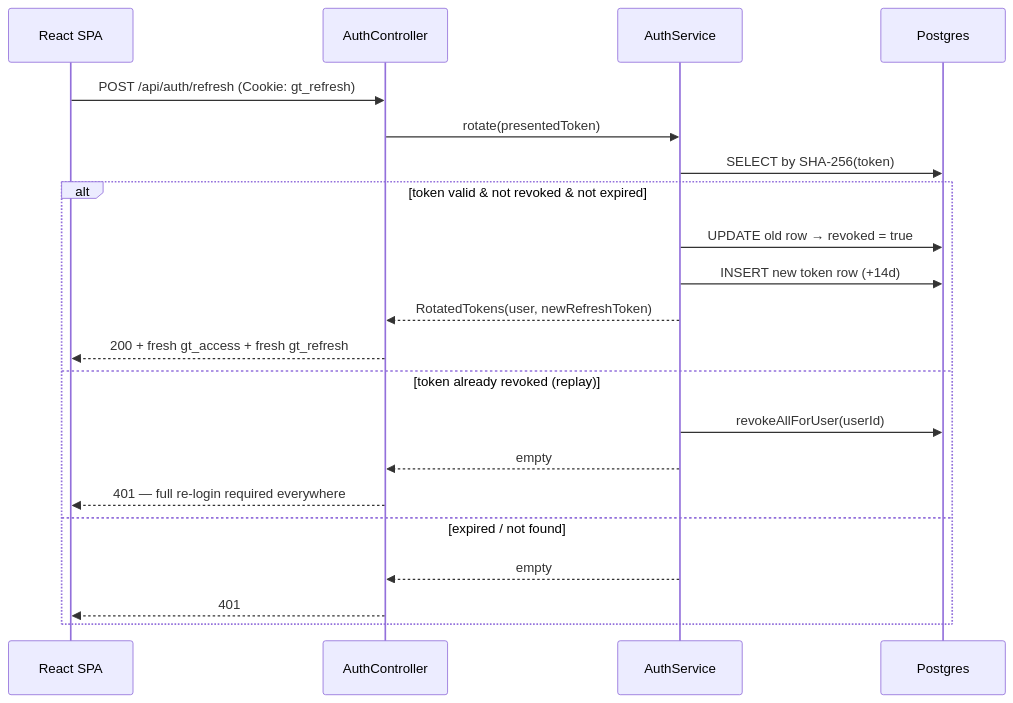
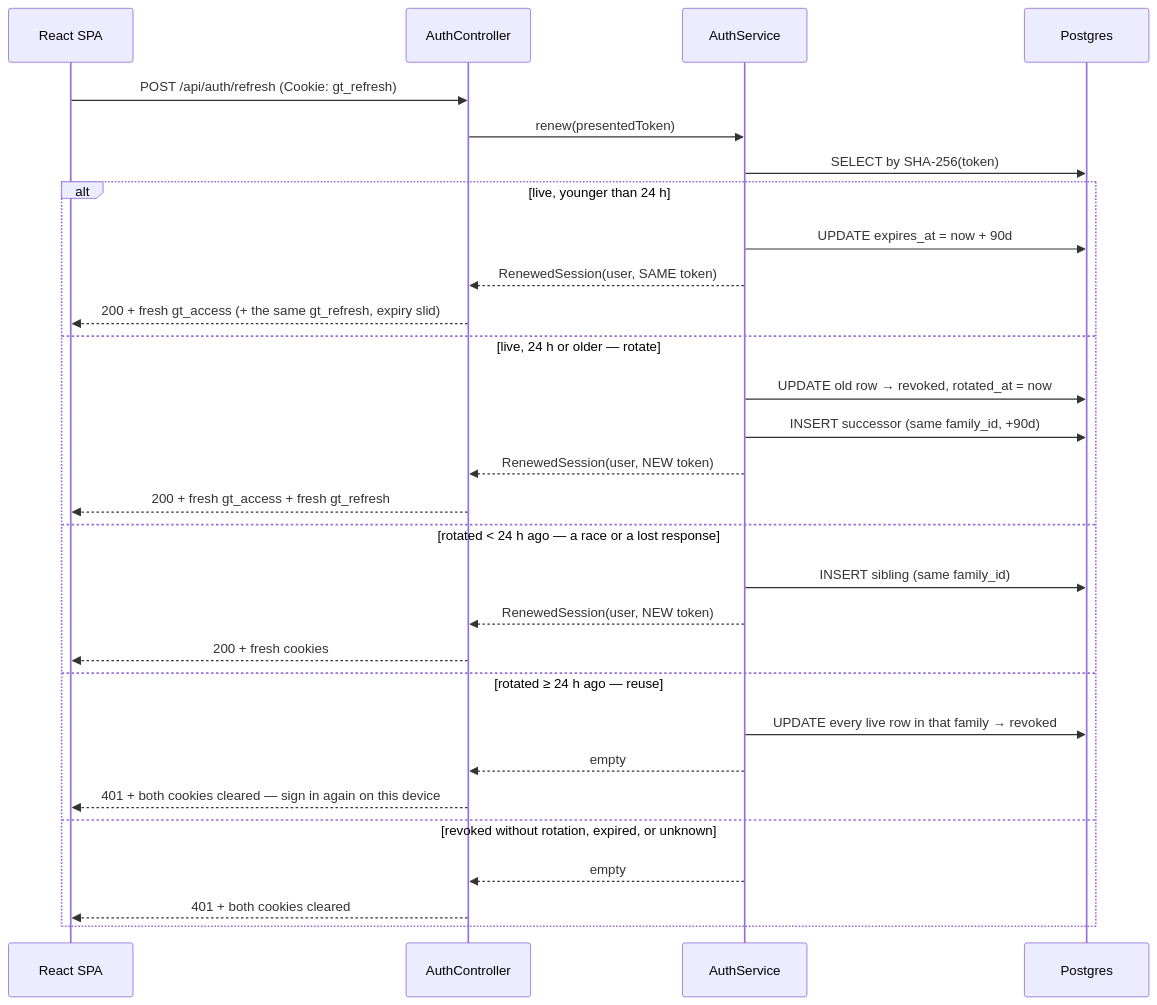
Before and after one commit to caseythecoder90/grindtrack: the third of 4 diagrams in gt2/docs/auth.md, drawn with Mermaid. The commit also changed other lines of this file and 21 other files, not shown here.

````diff
--- a/gt2/docs/auth.md
+++ b/gt2/docs/auth.md
@@ -99,23 +165,31 @@
 ```mermaid
 sequenceDiagram
     participant SPA as React SPA
     participant AC as AuthController
     participant AS as AuthService
     participant DB as Postgres
     SPA->>AC: POST /api/auth/refresh (Cookie: gt_refresh)
-    AC->>AS: rotate(presentedToken)
+    AC->>AS: renew(presentedToken)
     AS->>DB: SELECT by SHA-256(token)
-    alt token valid & not revoked & not expired
-        AS->>DB: UPDATE old row → revoked = true
-        AS->>DB: INSERT new token row (+14d)
-        AS-->>AC: RotatedTokens(user, newRefreshToken)
+    alt live, younger than 24 h
+        AS->>DB: UPDATE expires_at = now + 90d
+        AS-->>AC: RenewedSession(user, SAME token)
+        AC-->>SPA: 200 + fresh gt_access (+ the same gt_refresh, expiry slid)
+    else live, 24 h or older — rotate
+        AS->>DB: UPDATE old row → revoked, rotated_at = now
+        AS->>DB: INSERT successor (same family_id, +90d)
+        AS-->>AC: RenewedSession(user, NEW token)
         AC-->>SPA: 200 + fresh gt_access + fresh gt_refresh
-    else token already revoked (replay)
-        AS->>DB: revokeAllForUser(userId)
+    else rotated < 24 h ago — a race or a lost response
+        AS->>DB: INSERT sibling (same family_id)
+        AS-->>AC: RenewedSession(user, NEW token)
+        AC-->>SPA: 200 + fresh cookies
+    else rotated ≥ 24 h ago — reuse
+        AS->>DB: UPDATE every live row in that family → revoked
         AS-->>AC: empty
-        AC-->>SPA: 401 — full re-login required everywhere
-    else expired / not found
+        AC-->>SPA: 401 + both cookies cleared — sign in again on this device
+    else revoked without rotation, expired, or unknown
         AS-->>AC: empty
-        AC-->>SPA: 401
+        AC-->>SPA: 401 + both cookies cleared
     end
 ```
````
